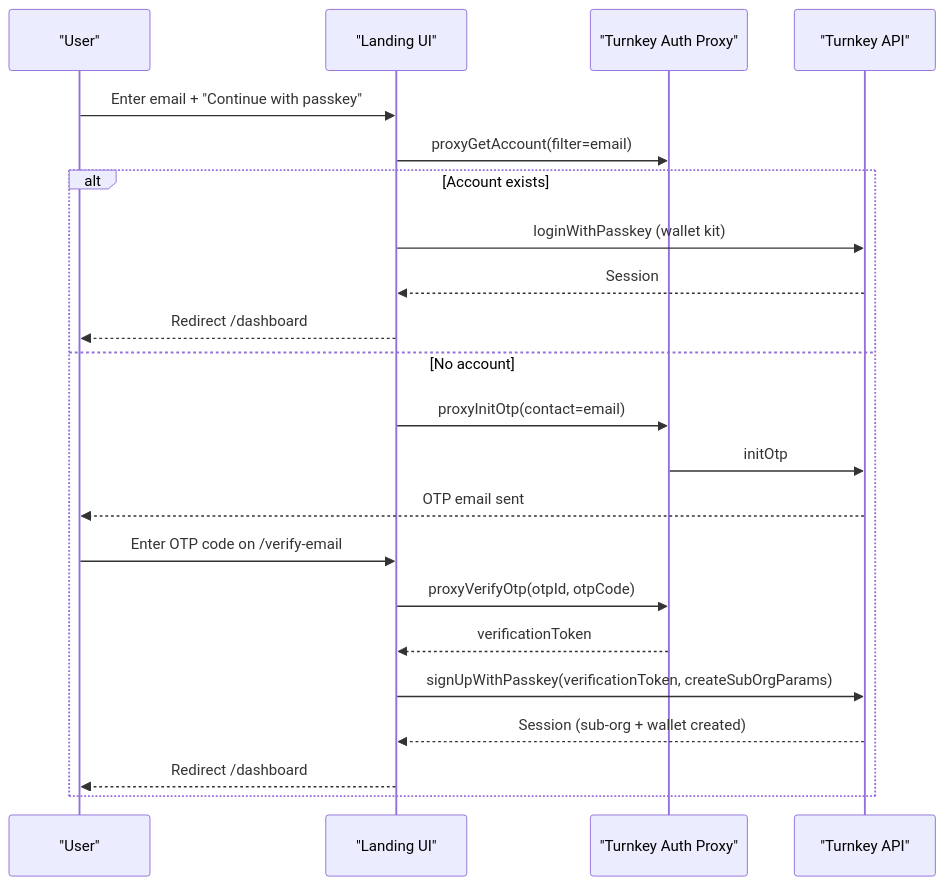
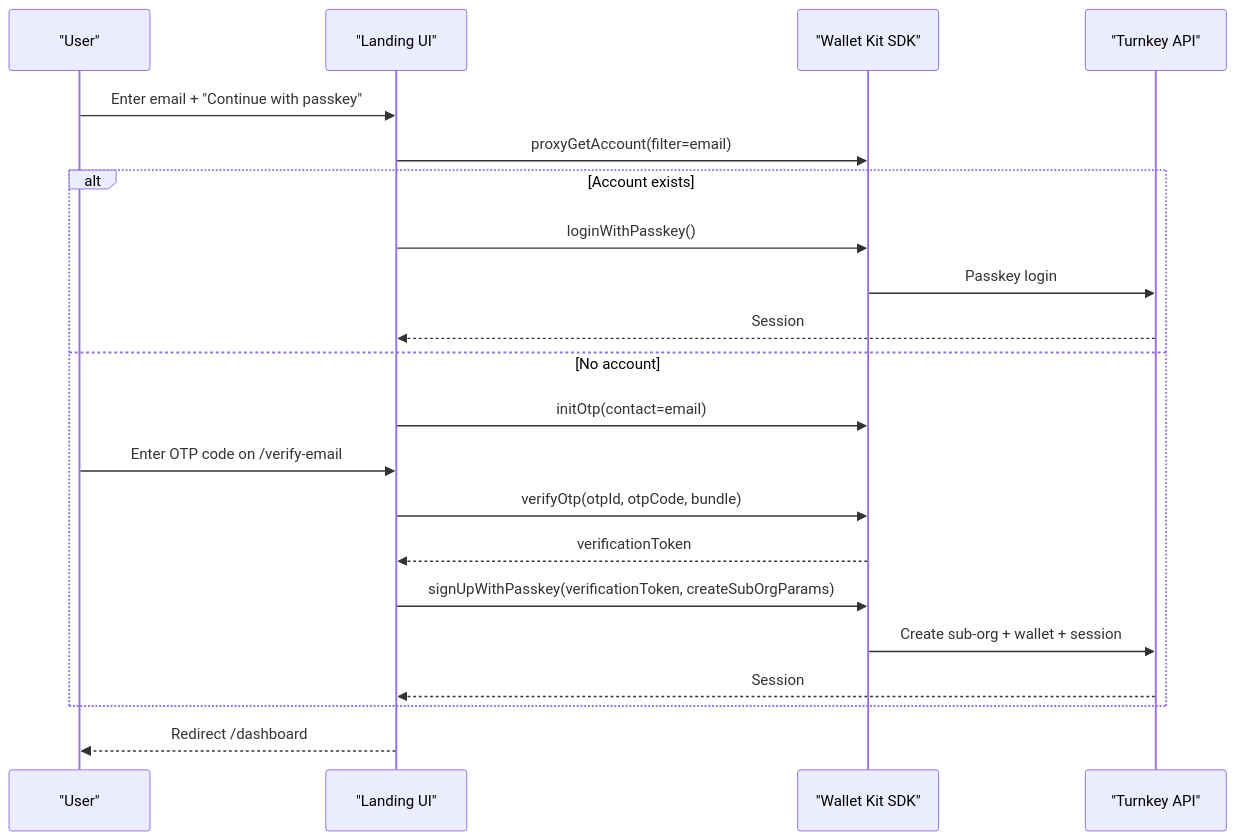
One commit to tkhq/demo-embedded-wallet changed the third of 4 diagrams in README.md. Above: the diagram before and after it, drawn with Mermaid. The commit also changed other lines of this file and 83 other files, not shown here.

````diff
--- a/README.md
+++ b/README.md
@@ -192,25 +171,24 @@
 ```mermaid
 sequenceDiagram
   participant U as "User"
   participant UI as "Landing UI"
-  participant TKP as "Turnkey Auth Proxy"
+  participant SDK as "Wallet Kit SDK"
   participant TK as "Turnkey API"
 
   U->>UI: Enter email + "Continue with passkey"
-  UI->>TKP: proxyGetAccount(filter=email)
+  UI->>SDK: proxyGetAccount(filter=email)
   alt Account exists
-    UI->>TK: loginWithPasskey (wallet kit)
+    UI->>SDK: loginWithPasskey()
+    SDK->>TK: Passkey login
     TK-->>UI: Session
-    UI-->>U: Redirect /dashboard
   else No account
-    UI->>TKP: proxyInitOtp(contact=email)
-    TKP->>TK: initOtp
-    TK-->>U: OTP email sent
+    UI->>SDK: initOtp(contact=email)
     U->>UI: Enter OTP code on /verify-email
-    UI->>TKP: proxyVerifyOtp(otpId, otpCode)
-    TKP-->>UI: verificationToken
-    UI->>TK: signUpWithPasskey(verificationToken, createSubOrgParams)
-    TK-->>UI: Session (sub-org + wallet created)
-    UI-->>U: Redirect /dashboard
+    UI->>SDK: verifyOtp(otpId, otpCode, bundle)
+    SDK-->>UI: verificationToken
+    UI->>SDK: signUpWithPasskey(verificationToken, createSubOrgParams)
+    SDK->>TK: Create sub-org + wallet + session
+    TK-->>UI: Session
   end
+  UI-->>U: Redirect /dashboard
 ```
````
